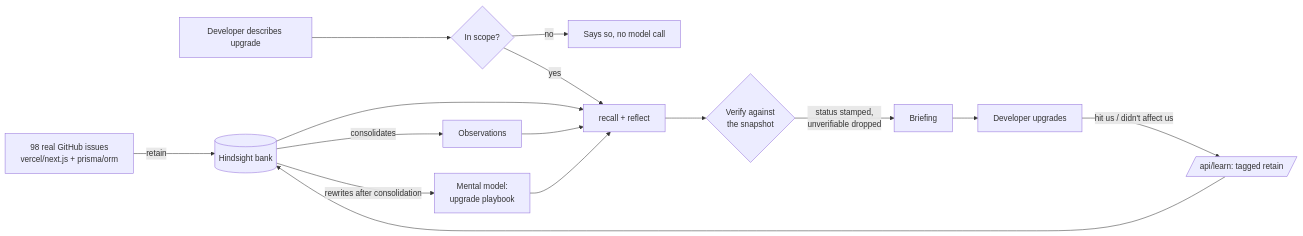
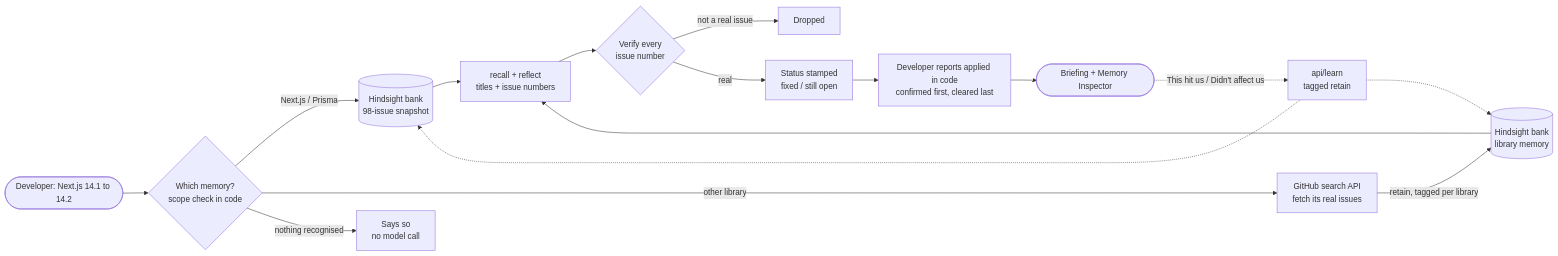
Before and after one commit to ekupekuAI/regression-radar: the diagram in README.md, drawn with Mermaid. The commit also changed other lines of this file and 7 other files, not shown here.

First line of the commit message:
README: animated radar banner, live screenshots and architecture diagram

````diff
--- a/README.md
+++ b/README.md
@@ -106,17 +96,18 @@
 ```mermaid
 flowchart LR
-    A[98 real GitHub issues<br/>vercel/next.js + prisma/orm] -->|retain| M[(Hindsight bank)]
-    M -->|consolidates| O[Observations]
-    M -->|rewrites after consolidation| P[Mental model:<br/>upgrade playbook]
-    Q[Developer describes upgrade] --> S{In scope?}
-    S -->|no| N[Says so, no model call]
-    S -->|yes| R[recall + reflect]
-    M --> R
-    O --> R
-    P --> R
-    R --> V{Verify against<br/>the snapshot}
-    V -->|status stamped,<br/>unverifiable dropped| B[Briefing]
-    B --> D[Developer upgrades]
-    D -->|hit us / didn't affect us| L[/api/learn: tagged retain/]
-    L --> M
+    U(["Developer: Next.js 14.1 to 14.2"]) --> S{"Which memory?<br/>scope check in code"}
+    S -- "Next.js / Prisma" --> SNAP[("Hindsight bank<br/>98-issue snapshot")]
+    S -- "other library" --> GH["GitHub search API<br/>fetch its real issues"]
+    GH -- "retain, tagged per library" --> LIB[("Hindsight bank<br/>library memory")]
+    S -- "nothing recognised" --> NONE["Says so<br/>no model call"]
+    SNAP --> R["recall + reflect<br/>titles + issue numbers"]
+    LIB --> R
+    R --> V{"Verify every<br/>issue number"}
+    V -- "not a real issue" --> X["Dropped"]
+    V -- "real" --> ST["Status stamped<br/>fixed / still open"]
+    ST --> FB["Developer reports applied in code<br/>confirmed first, cleared last"]
+    FB --> OUT(["Briefing + Memory Inspector"])
+    OUT -. "This hit us / Didn't affect us" .-> L["api/learn<br/>tagged retain"]
+    L -.-> SNAP
+    L -.-> LIB
 ```
````
